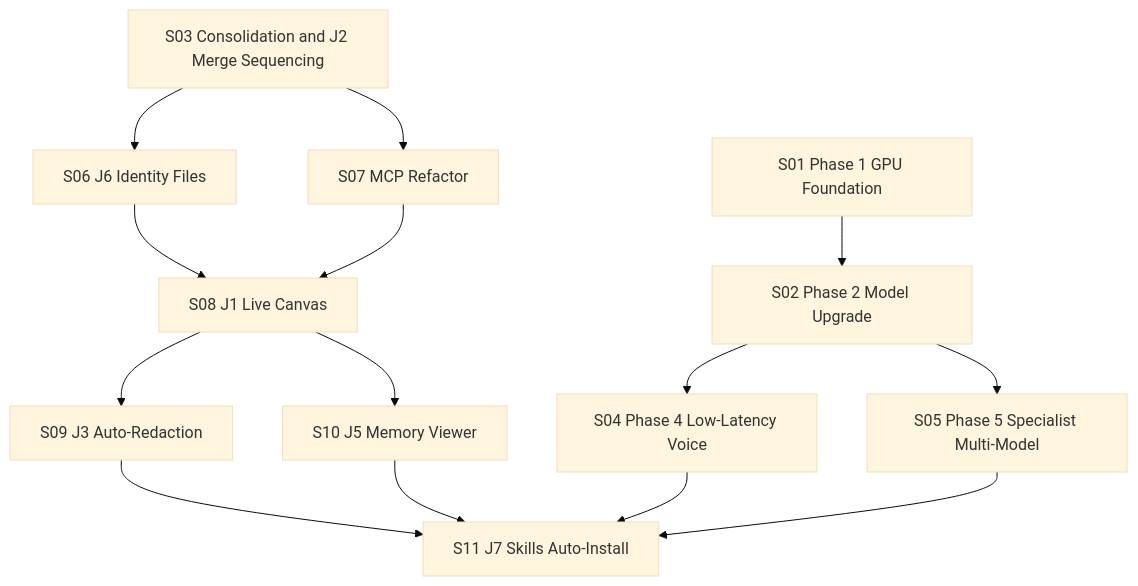
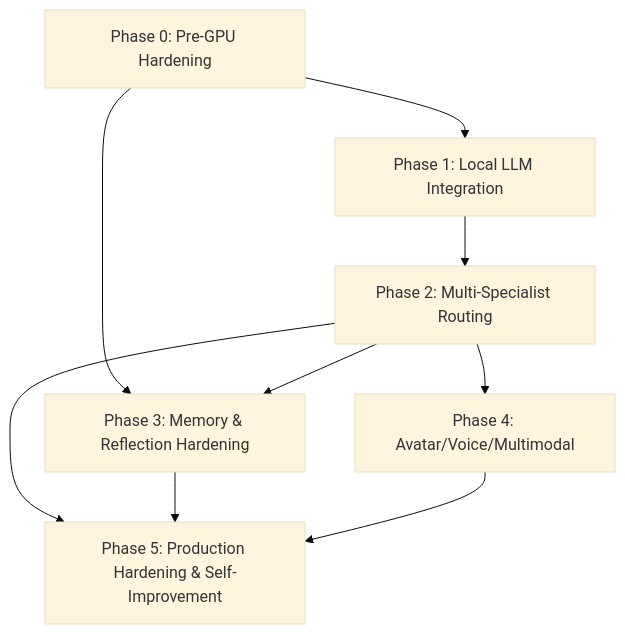
The diagram in kai-pm/SEQUENCE.md (dainius1234/kai-system), drawn with Mermaid (base theme) before and after one commit. The commit also changed other lines of this file and 8 other files, not shown here.

````diff
--- a/kai-pm/SEQUENCE.md
+++ b/kai-pm/SEQUENCE.md
@@ -5,16 +5,11 @@
 ```mermaid
 graph TD
-  S01[S01 Phase 1 GPU Foundation] --> S02[S02 Phase 2 Model Upgrade]
-  S02 --> S04[S04 Phase 4 Low-Latency Voice]
-  S02 --> S05[S05 Phase 5 Specialist Multi-Model]
-  S03[S03 Consolidation and J2 Merge Sequencing] --> S06[S06 J6 Identity Files]
-  S03 --> S07[S07 MCP Refactor]
-  S06 --> S08[S08 J1 Live Canvas]
-  S07 --> S08
-  S08 --> S09[S09 J3 Auto-Redaction]
-  S08 --> S10[S10 J5 Memory Viewer]
-  S09 --> S11[S11 J7 Skills Auto-Install]
-  S10 --> S11
-  S04 --> S11
-  S05 --> S11
+  P0[Phase 0: Pre-GPU Hardening] --> P1[Phase 1: Local LLM Integration]
+  P1 --> P2[Phase 2: Multi-Specialist Routing]
+  P0 --> P3[Phase 3: Memory & Reflection Hardening]
+  P2 --> P3
+  P2 --> P4[Phase 4: Avatar/Voice/Multimodal]
+  P2 --> P5[Phase 5: Production Hardening & Self-Improvement]
+  P3 --> P5
+  P4 --> P5
 ```
````
